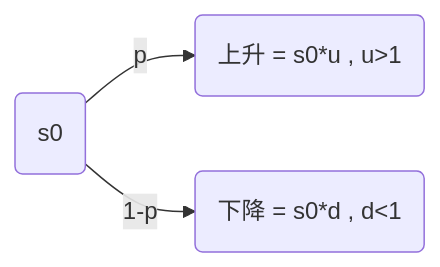
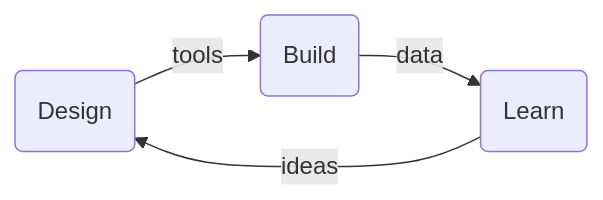
One commit to ZhendongZhang-Synbio/ZhendongZhangSCAU changed the diagram in README.md. Above: the diagram before and after it, drawn with Mermaid. The commit also changed other lines of this file, not shown here.

````diff
--- a/README.md
+++ b/README.md
@@ -3,6 +3,7 @@
 ```mermaid
 graph LR
-A(s0) -->|p| B(上升 = s0*u , u>1) 
-A(s0) -->|1-p| C(下降 = s0*d , d<1)
+A(Design) -->|tools| B(Build)
+B(Build) -->|data| C(Learn)
+C(Learn) -->|ideas| A(Design)
 
 ```
````
